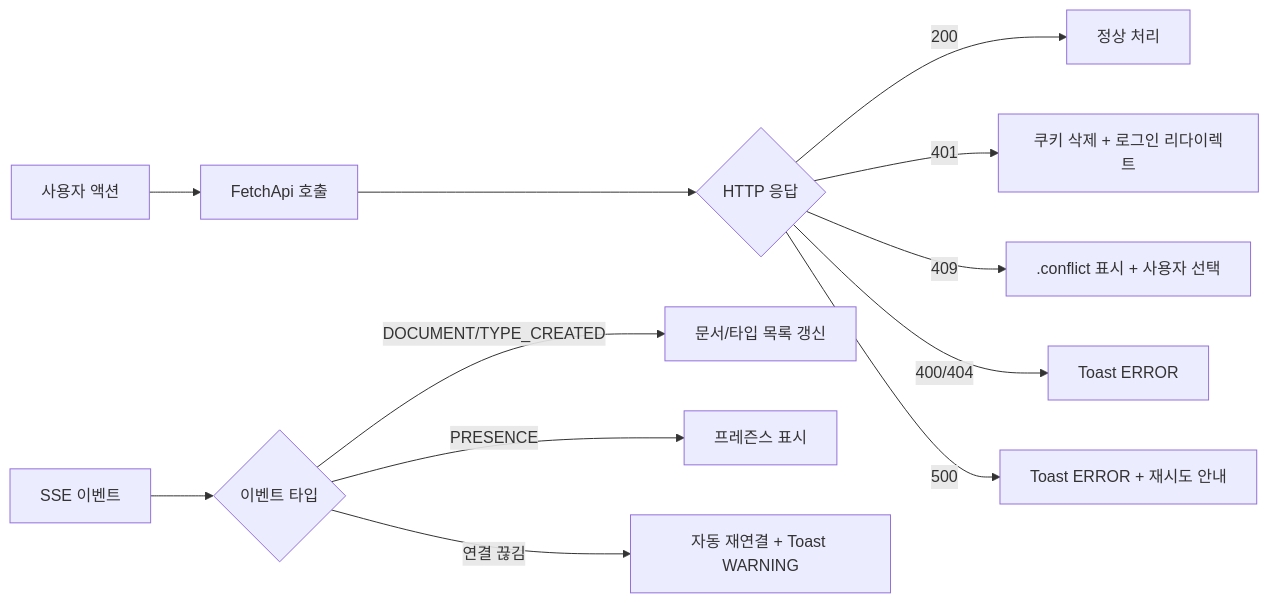
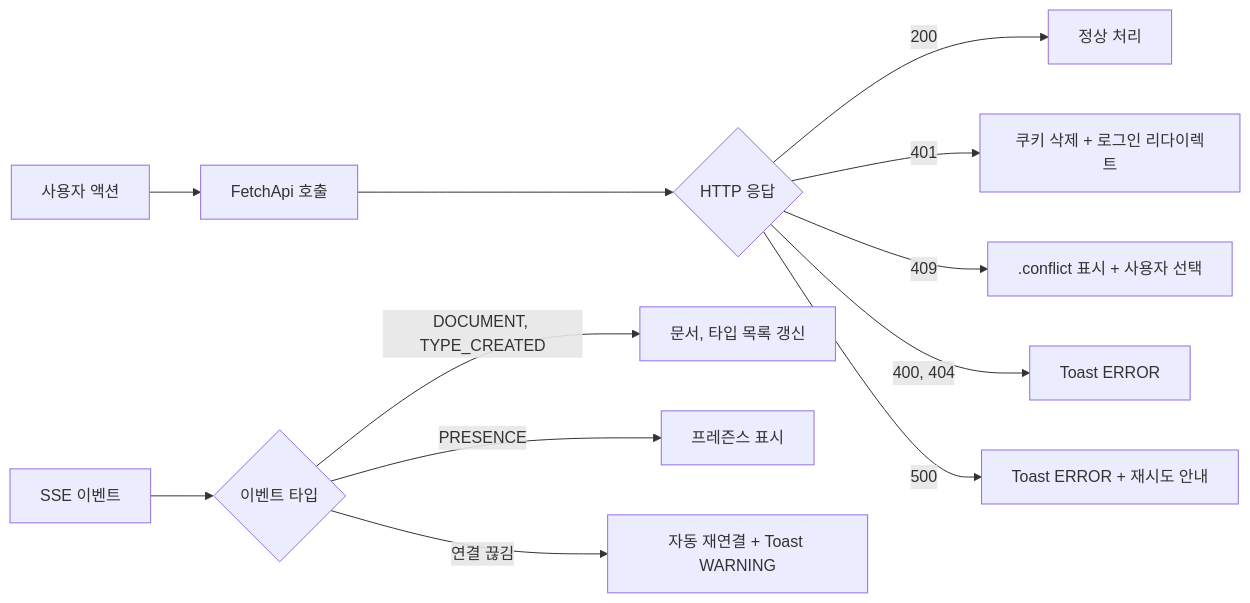
The diagram in docs/error-handling.md (sayaya1090/handbook), drawn with Mermaid before and after one commit. The commit also changed 74 other files, not shown here.

````diff
--- a/docs/error-handling.md
+++ b/docs/error-handling.md
@@ -78,15 +78,15 @@
 ```mermaid
 flowchart LR
     A[사용자 액션] --> B[FetchApi 호출]
     B --> C{HTTP 응답}
     C -->|200| D[정상 처리]
     C -->|401| E[쿠키 삭제 + 로그인 리다이렉트]
     C -->|409| F[.conflict 표시 + 사용자 선택]
-    C -->|400/404| G[Toast ERROR]
-    C -->|500| H[Toast ERROR + 재시도 안내]
+    C -->|"400, 404"| G[Toast ERROR]
+    C -->|"500"| H[Toast ERROR + 재시도 안내]
 
     I[SSE 이벤트] --> J{이벤트 타입}
-    J -->|DOCUMENT/TYPE_CREATED| K[문서/타입 목록 갱신]
+    J -->|"DOCUMENT, TYPE_CREATED"| K["문서, 타입 목록 갱신"]
     J -->|PRESENCE| L[프레즌스 표시]
     J -->|연결 끊김| M[자동 재연결 + Toast WARNING]
 ```
````
